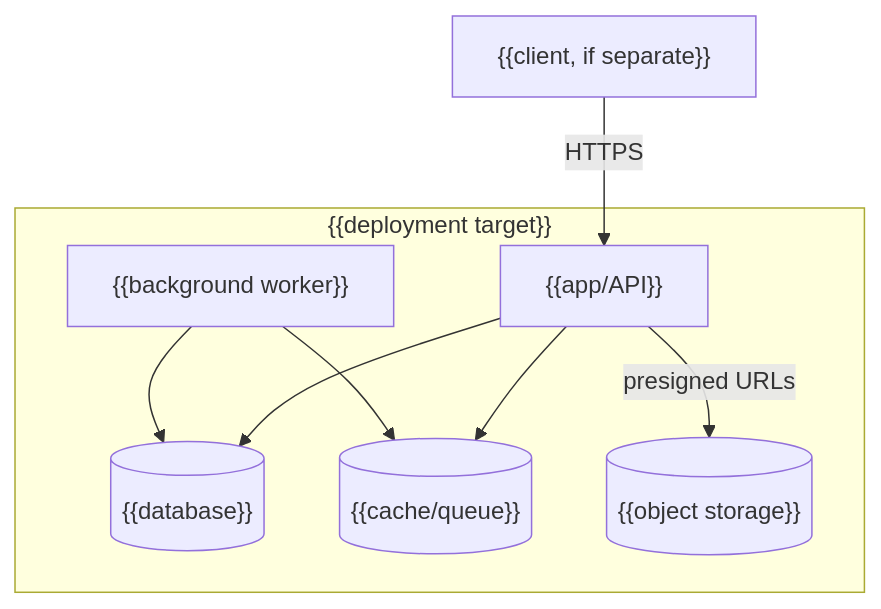
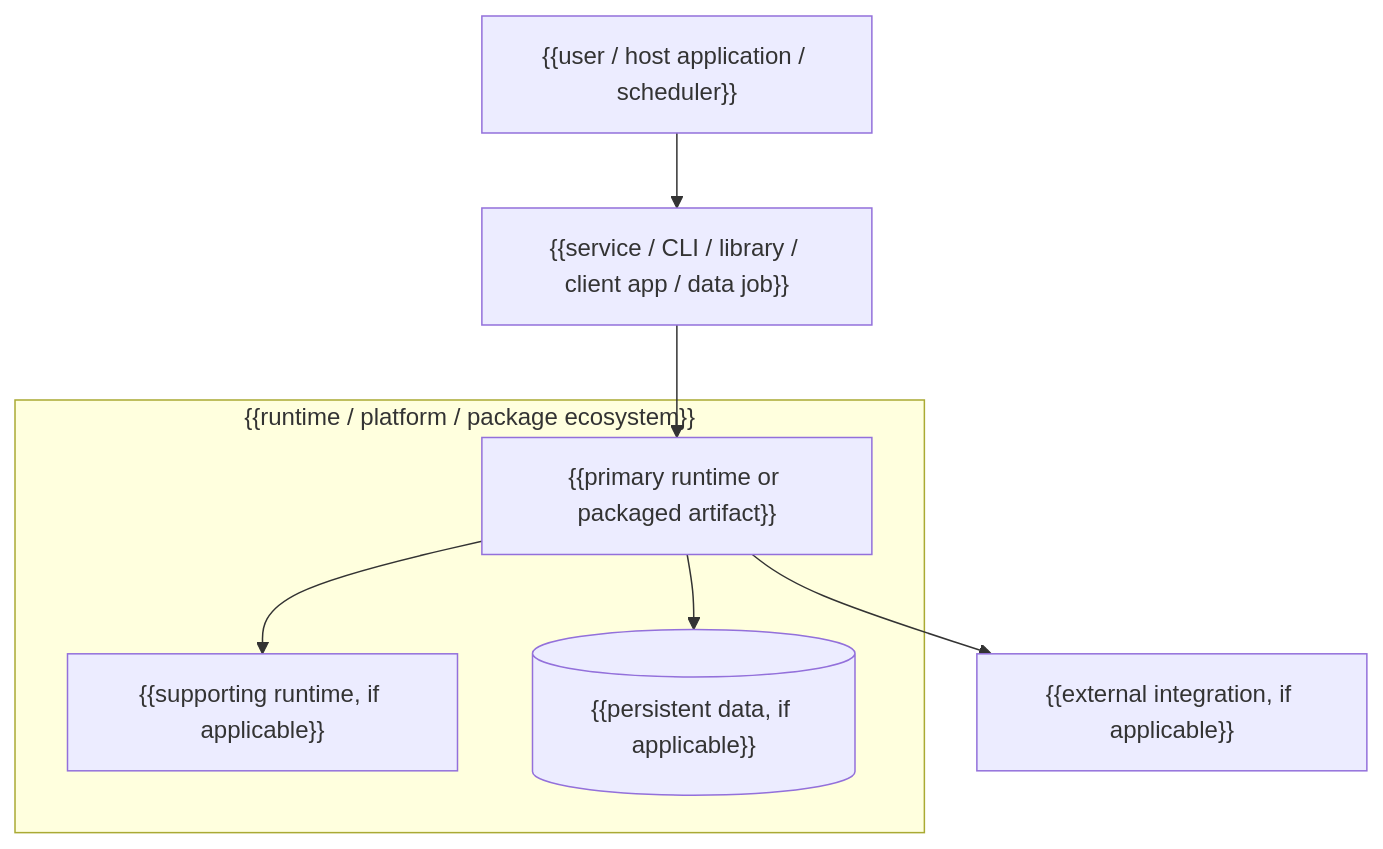
Before and after one commit to ivni/project-foundation: the second of 2 diagrams in templates/architecture.md, drawn with Mermaid. The commit also changed other lines of this file and 16 other files, not shown here.

````diff
--- a/templates/architecture.md
+++ b/templates/architecture.md
@@ -29,18 +33,17 @@
 ```mermaid
 graph TB
-    subgraph host["{{deployment target}}"]
-        app["{{app/API}}"]
-        worker["{{background worker}}"]
-        db[("{{database}}")]
-        cache[("{{cache/queue}}")]
-        storage[("{{object storage}}")]
+    consumer["{{user / host application / scheduler}}"]
+    artifact["{{service / CLI / library / client app / data job}}"]
+    subgraph target["{{runtime / platform / package ecosystem}}"]
+        primary["{{primary runtime or packaged artifact}}"]
+        supporting["{{supporting runtime, if applicable}}"]
+        data[("{{persistent data, if applicable}}")]
     end
-    spa["{{client, if separate}}"]
+    external["{{external integration, if applicable}}"]
 
-    spa -->|HTTPS| app
-    app --> db
-    app --> cache
-    worker --> db
-    worker --> cache
-    app -->|presigned URLs| storage
+    consumer --> artifact
+    artifact --> primary
+    primary --> supporting
+    primary --> data
+    primary --> external
 ```
````
